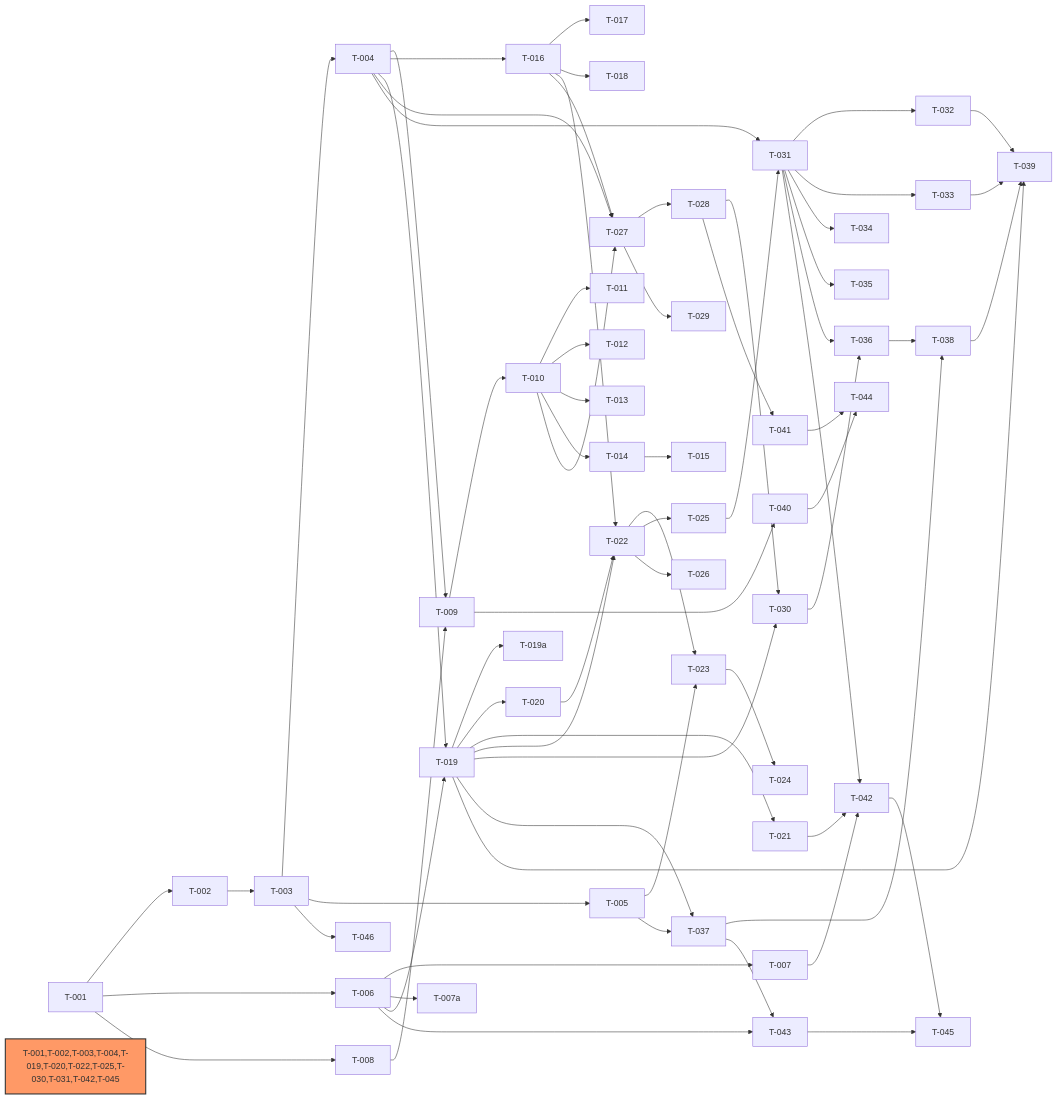
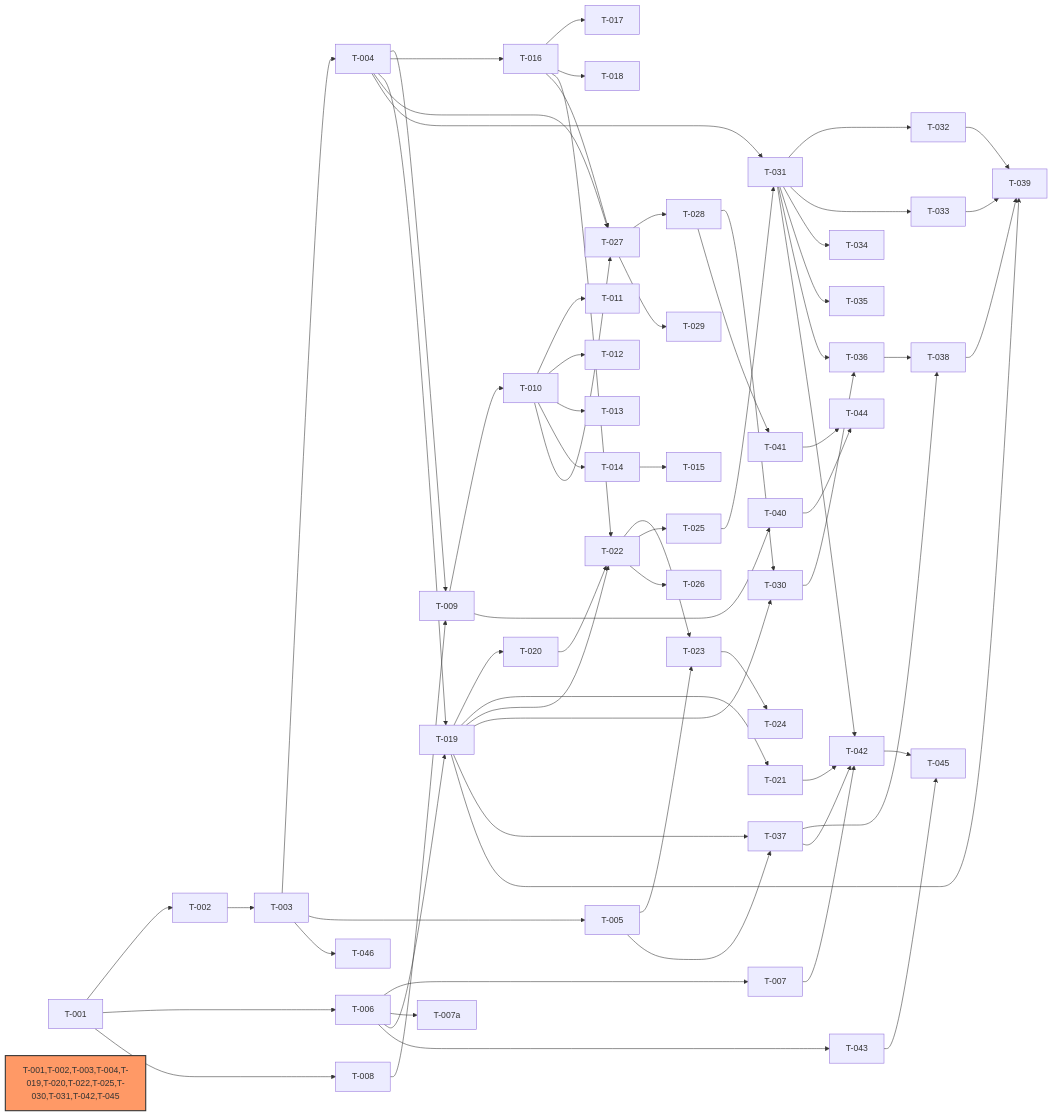
The diagram in docs/dev-plan/dev-plan-intellisource-v1.md (lync-cyber/intelli-source), drawn with Mermaid before and after one commit. The commit also changed other lines of this file and 11 other files, not shown here.

````diff
--- a/docs/dev-plan/dev-plan-intellisource-v1.md
+++ b/docs/dev-plan/dev-plan-intellisource-v1.md
@@ -95,71 +94,70 @@
 ```mermaid
 graph LR
     T-001 --> T-002
     T-001 --> T-006
     T-001 --> T-008
     T-002 --> T-003
     T-003 --> T-004
     T-003 --> T-005
     T-003 --> T-046
     T-004 --> T-009
     T-004 --> T-016
     T-004 --> T-019
     T-004 --> T-027
     T-004 --> T-031
     T-005 --> T-023
     T-005 --> T-037
     T-006 --> T-007
     T-006 --> T-007a
     T-006 --> T-019
     T-006 --> T-043
     T-007 --> T-042
     T-008 --> T-009
     T-009 --> T-010
     T-009 --> T-040
     T-010 --> T-011
     T-010 --> T-012
     T-010 --> T-013
     T-010 --> T-014
     T-010 --> T-027
     T-014 --> T-015
     T-016 --> T-017
     T-016 --> T-018
     T-016 --> T-022
     T-016 --> T-027
-    T-019 --> T-019a
     T-019 --> T-020
     T-019 --> T-021
     T-019 --> T-022
     T-019 --> T-030
     T-019 --> T-037
     T-020 --> T-022
     T-022 --> T-023
     T-022 --> T-025
     T-022 --> T-026
     T-023 --> T-024
     T-025 --> T-031
     T-027 --> T-028
     T-027 --> T-029
     T-028 --> T-030
     T-028 --> T-041
     T-030 --> T-036
     T-031 --> T-032
     T-031 --> T-033
     T-031 --> T-034
     T-031 --> T-035
     T-031 --> T-036
     T-031 --> T-042
     T-032 --> T-039
     T-033 --> T-039
     T-036 --> T-038
     T-037 --> T-038
-    T-037 --> T-043
+    T-037 --> T-042
     T-019 --> T-039
     T-038 --> T-039
     T-021 --> T-042
     T-040 --> T-044
     T-041 --> T-044
     T-042 --> T-045
     T-043 --> T-045
     style T-001,T-002,T-003,T-004,T-019,T-020,T-022,T-025,T-030,T-031,T-042,T-045 fill:#f96,stroke:#333,stroke-width:2px
 ```
````
